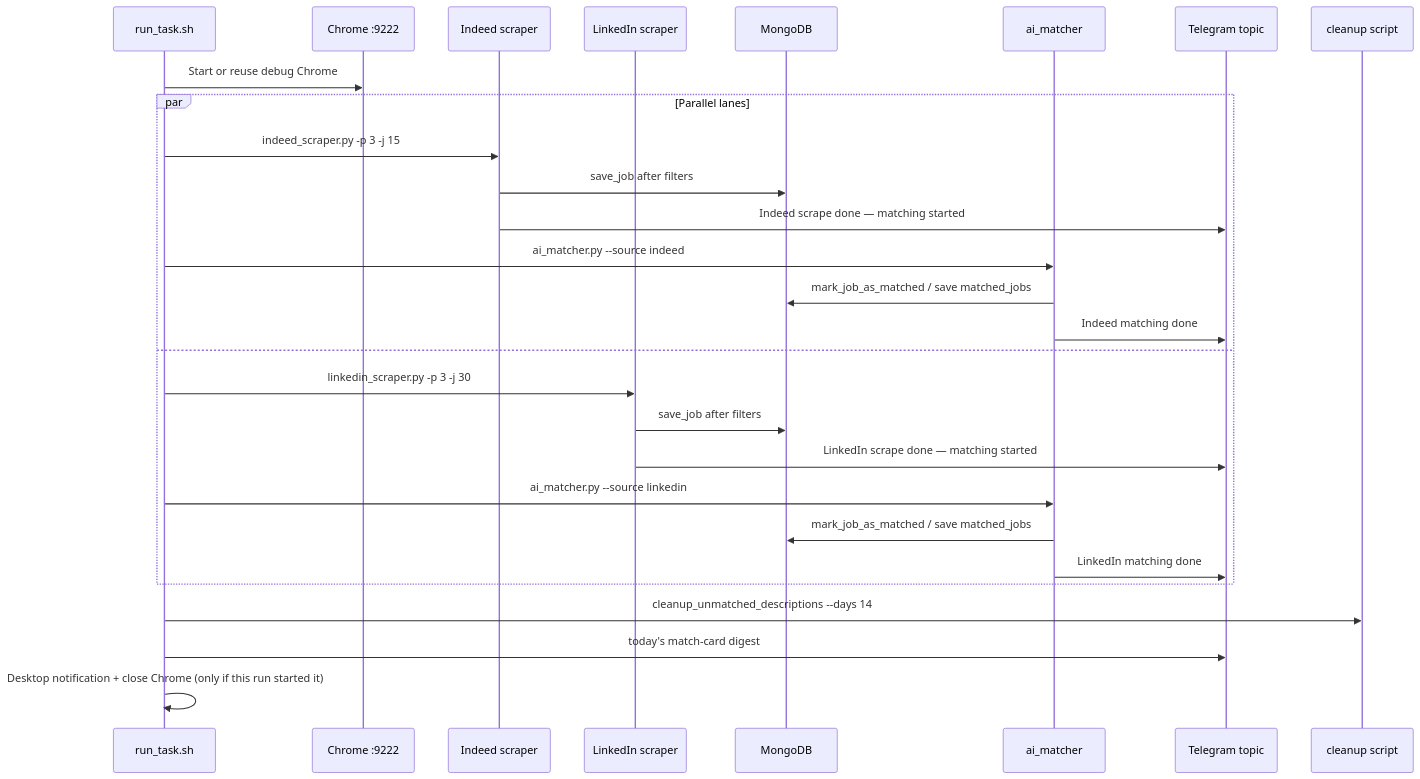
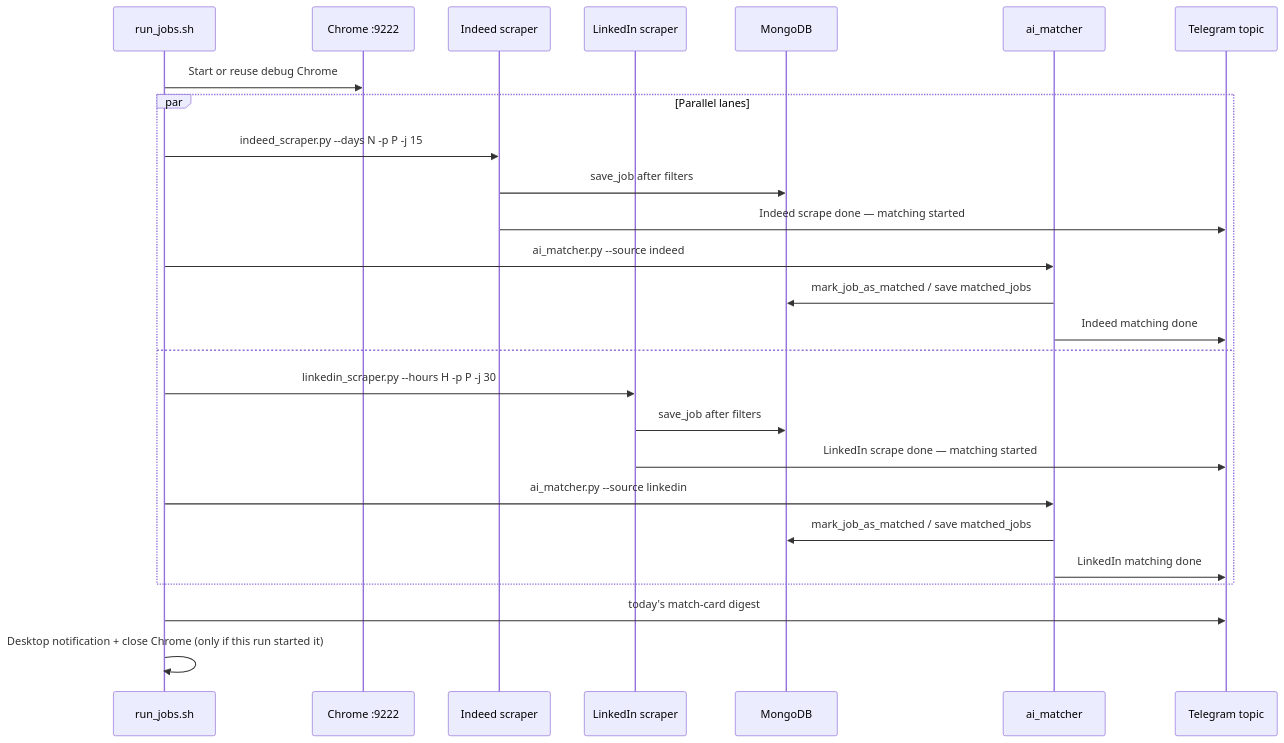
Before and after one commit to JialiNong/job_scraper: the second of 4 diagrams in docs/architecture.md, drawn with Mermaid. The commit also changed other lines of this file and 39 other files, not shown here.

First line of the commit message:
refactor: single /jobs command, drop schedules and DB cleanup, tidy scripts/docs

````diff
--- a/docs/architecture.md
+++ b/docs/architecture.md
@@ -150,31 +136,29 @@
 ```mermaid
 sequenceDiagram
-    participant S as run_task.sh
+    participant S as run_jobs.sh
     participant C as Chrome :9222
     participant I as Indeed scraper
     participant L as LinkedIn scraper
     participant DB as MongoDB
     participant AI as ai_matcher
     participant TG as Telegram topic
-    participant CL as cleanup script
 
     S->>C: Start or reuse debug Chrome
     par Parallel lanes
-        S->>I: indeed_scraper.py -p 3 -j 15
+        S->>I: indeed_scraper.py --days N -p P -j 15
         I->>DB: save_job after filters
         I->>TG: Indeed scrape done — matching started
         S->>AI: ai_matcher.py --source indeed
         AI->>DB: mark_job_as_matched / save matched_jobs
         AI->>TG: Indeed matching done
     and
-        S->>L: linkedin_scraper.py -p 3 -j 30
+        S->>L: linkedin_scraper.py --hours H -p P -j 30
         L->>DB: save_job after filters
         L->>TG: LinkedIn scrape done — matching started
         S->>AI: ai_matcher.py --source linkedin
         AI->>DB: mark_job_as_matched / save matched_jobs
         AI->>TG: LinkedIn matching done
     end
-    S->>CL: cleanup_unmatched_descriptions --days 14
     S->>TG: today's match-card digest
     S->>S: Desktop notification + close Chrome (only if this run started it)
 ```
````
